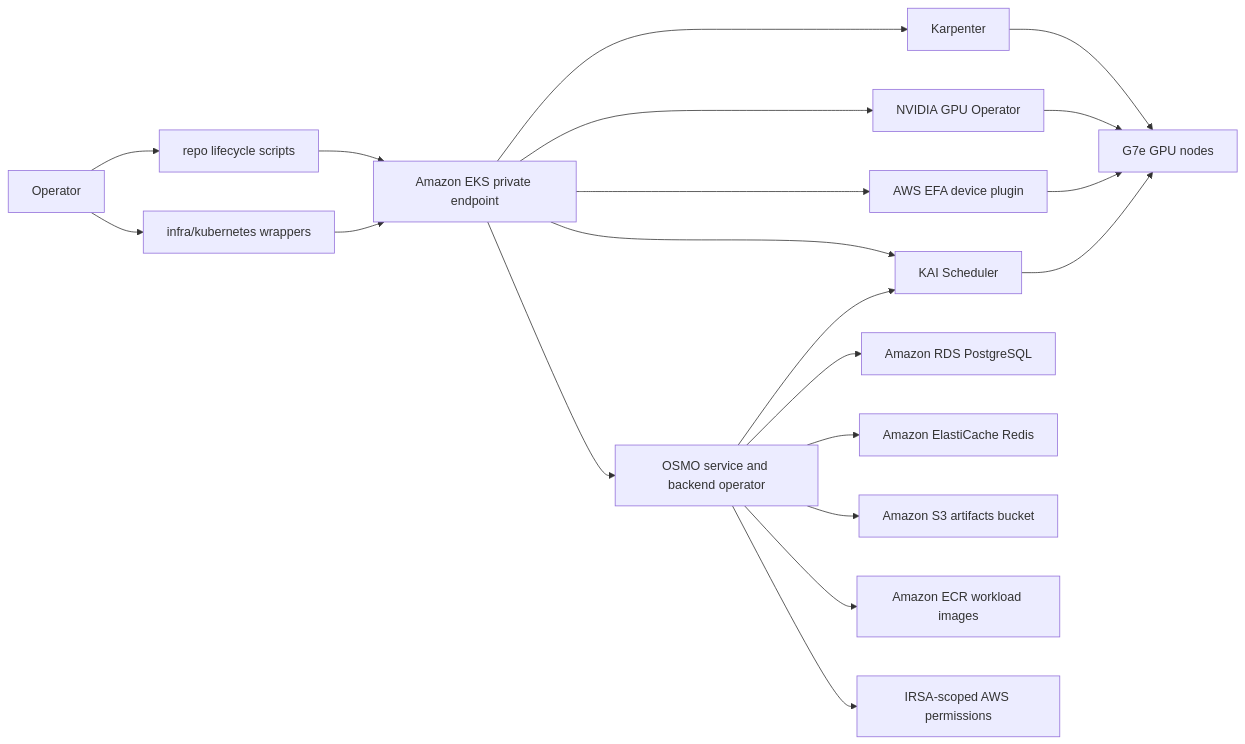
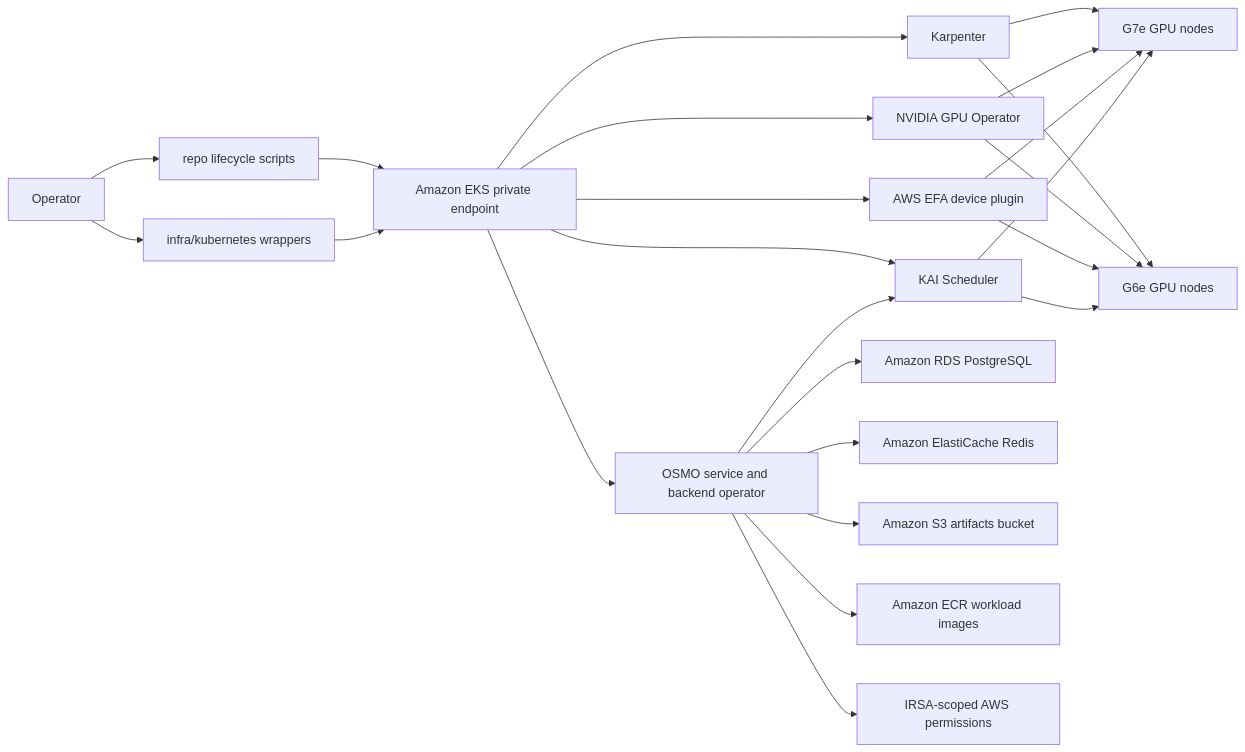
Before and after one commit to archive-of-deleted-repositories/wirjo__sample-apj-sup-sa: the diagram in ai-infra/robotics-foundation-models-on-eks/docs/architecture.md, drawn with Mermaid. The commit also changed other lines of this file and 35 other files, not shown here.

````diff
--- a/ai-infra/robotics-foundation-models-on-eks/docs/architecture.md
+++ b/ai-infra/robotics-foundation-models-on-eks/docs/architecture.md
@@ -5,22 +5,26 @@
 ```mermaid
 flowchart LR
   User["Operator"] --> CoreScripts["repo lifecycle scripts"]
   User --> KubernetesScripts["infra/kubernetes wrappers"]
   CoreScripts --> EKS["Amazon EKS private endpoint"]
   KubernetesScripts --> EKS
   EKS --> OSMO["OSMO service and backend operator"]
   EKS --> KAI["KAI Scheduler"]
   EKS --> Karpenter["Karpenter"]
   EKS --> GPUOperator["NVIDIA GPU Operator"]
   EKS --> EFAPlugin["AWS EFA device plugin"]
   Karpenter --> G7e["G7e GPU nodes"]
+  Karpenter --> G6e["G6e GPU nodes"]
   GPUOperator --> G7e
+  GPUOperator --> G6e
   EFAPlugin --> G7e
+  EFAPlugin --> G6e
   KAI --> G7e
+  KAI --> G6e
   OSMO --> KAI
   OSMO --> RDS["Amazon RDS PostgreSQL"]
   OSMO --> Redis["Amazon ElastiCache Redis"]
   OSMO --> S3["Amazon S3 artifacts bucket"]
   OSMO --> ECR["Amazon ECR workload images"]
   OSMO --> IAM["IRSA-scoped AWS permissions"]
 ```
````
